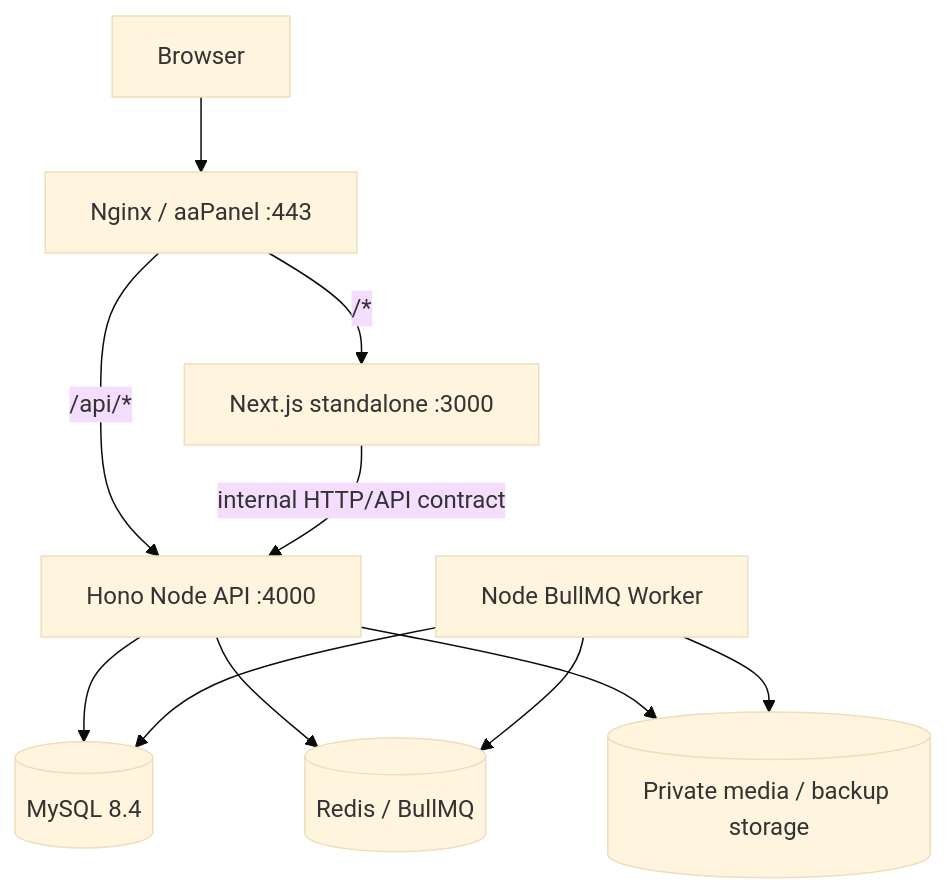
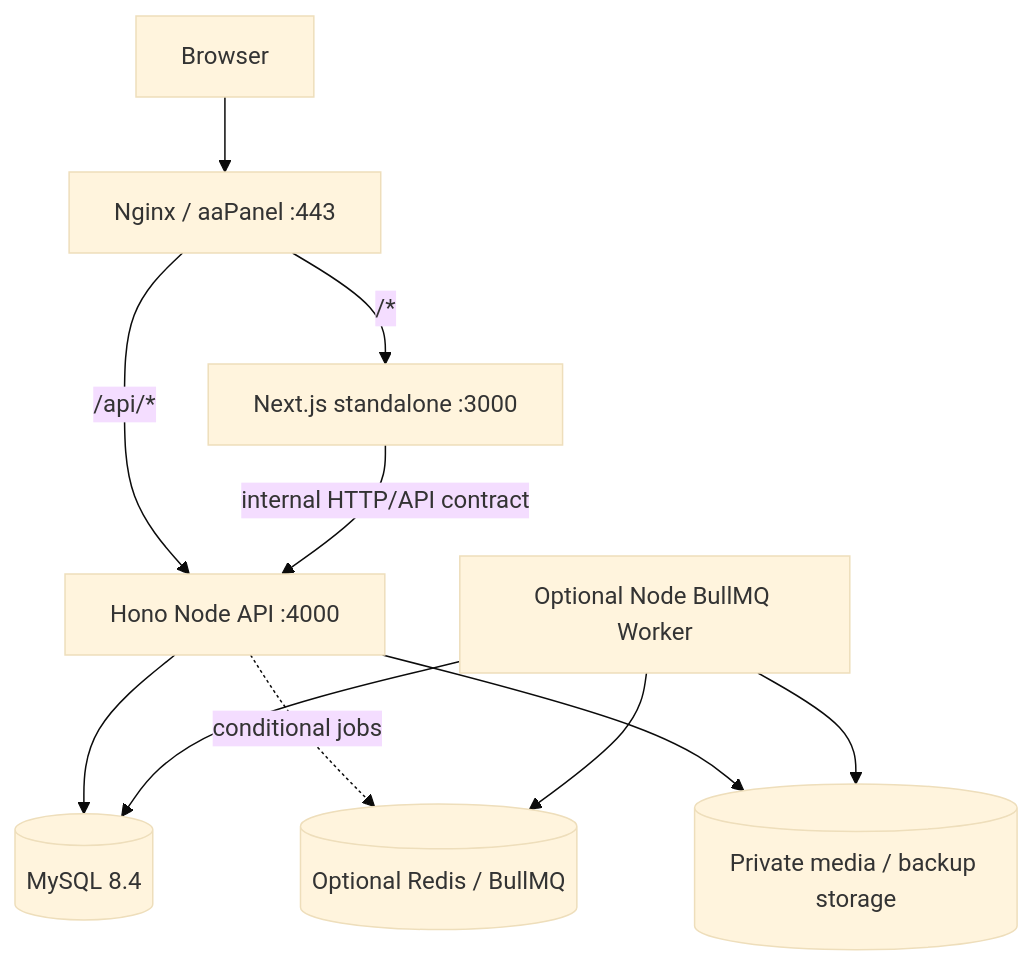
The diagram in docs/TRD.md (danangwijaya03/app-starter-kit), drawn with Mermaid (base theme) before and after one commit. The commit also changed other lines of this file and 161 other files, not shown here.

Commit message:
docs(architecture): integrate modular core v2, updated references, and core-first task DAG

````diff
--- a/docs/TRD.md
+++ b/docs/TRD.md
@@ -9,13 +11,13 @@
 ```mermaid
 flowchart TD
   Browser --> Nginx[Nginx / aaPanel :443]
   Nginx -->|/*| Web[Next.js standalone :3000]
   Nginx -->|/api/*| API[Hono Node API :4000]
   Web -->|internal HTTP/API contract| API
   API --> DB[(MySQL 8.4)]
-  API --> Redis[(Redis / BullMQ)]
-  Worker[Node BullMQ Worker] --> Redis
+  API -. conditional jobs .-> Redis[(Optional Redis / BullMQ)]
+  Worker[Optional Node BullMQ Worker] --> Redis
   Worker --> DB
   API --> Storage[(Private media / backup storage)]
   Worker --> Storage
 ```
````
